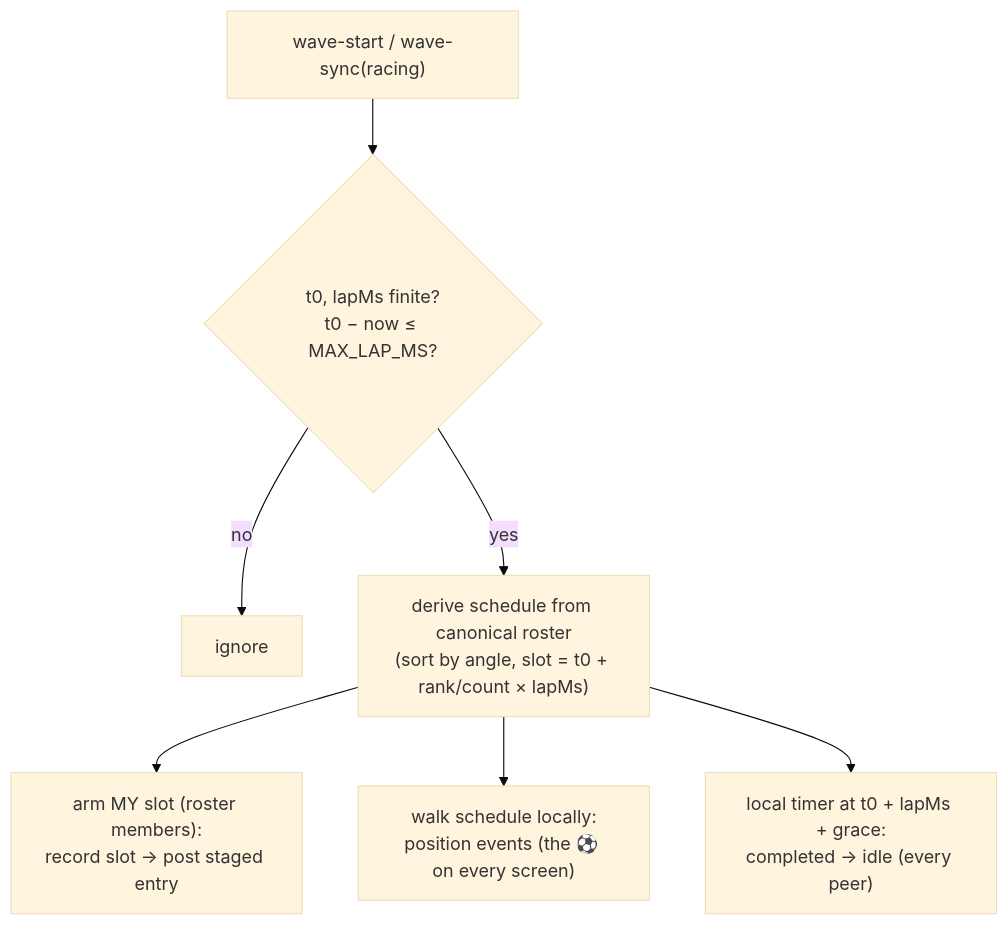
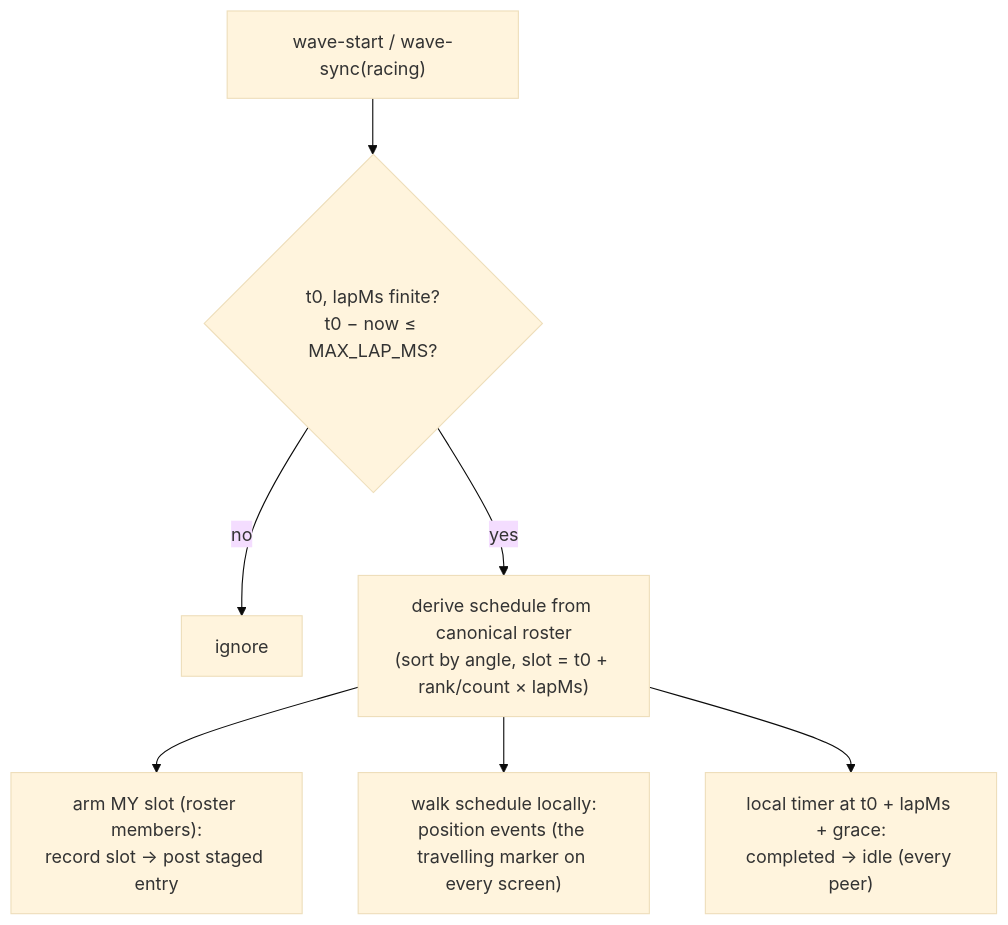
The second of 5 diagrams in packages/hyperwave-engine/docs/protocol.md (mnaamani/hyper-wave), drawn with Mermaid (base theme) before and after one commit. The commit also changed other lines of this file and 25 other files, not shown here.

````diff
--- a/packages/hyperwave-engine/docs/protocol.md
+++ b/packages/hyperwave-engine/docs/protocol.md
@@ -676,9 +676,9 @@
 ```mermaid
 flowchart TD
   WS["wave-start / wave-sync(racing)"] --> CL{"t0, lapMs finite?<br/>t0 − now ≤ MAX_LAP_MS?"}
   CL -- no --> D["ignore"]
   CL -- yes --> SCH["derive schedule from canonical roster<br/>(sort by angle, slot = t0 + rank/count × lapMs)"]
   SCH --> MY["arm MY slot (roster members):<br/>record slot → post staged entry"]
-  SCH --> POS["walk schedule locally:<br/>position events (the ⚽ on every screen)"]
+  SCH --> POS["walk schedule locally:<br/>position events (the travelling marker on every screen)"]
   SCH --> END["local timer at t0 + lapMs + grace:<br/>completed → idle (every peer)"]
 ```
````
